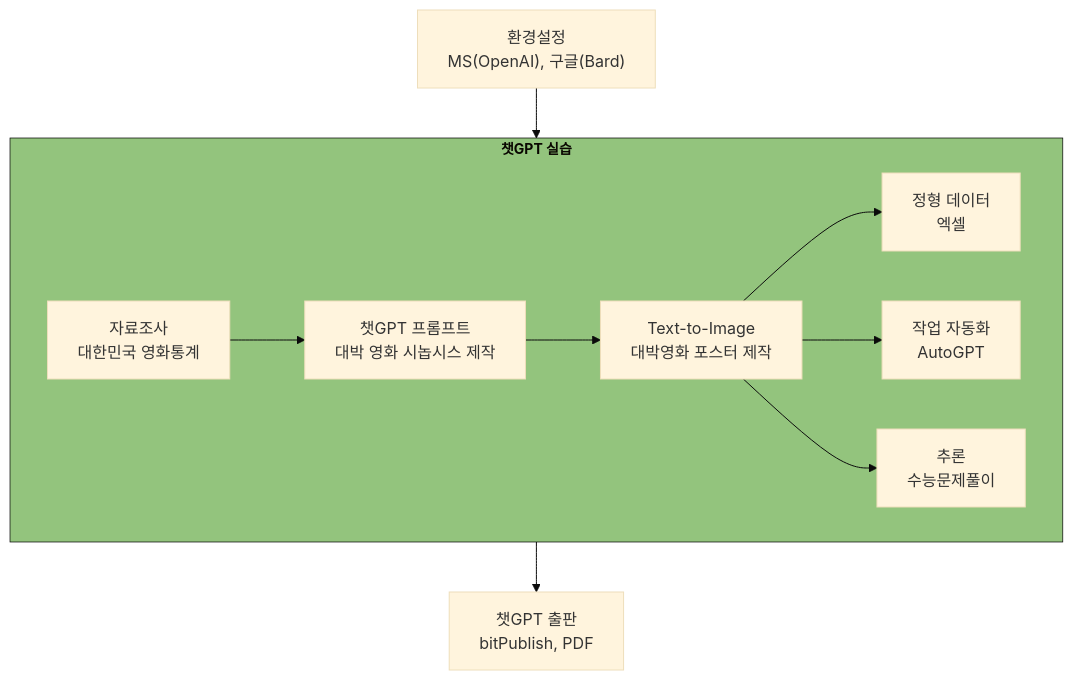
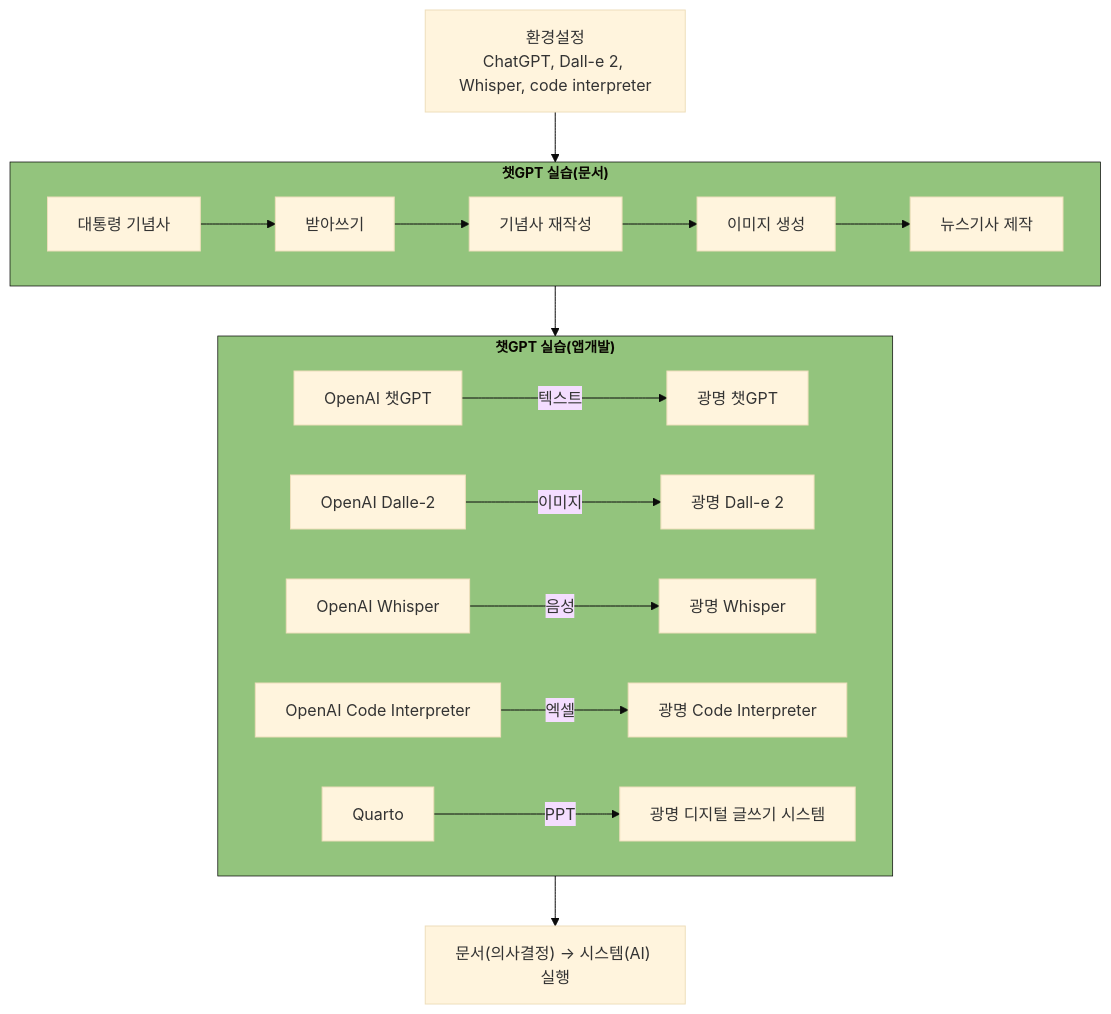
One commit to bit2r/gpt-edu changed the diagram in mayor_20230811.qmd. Above: the diagram before and after it, drawn with Mermaid (base theme). The commit also changed other lines of this file and 28 other files, not shown here.

````diff
--- a/mayor_20230811.qmd
+++ b/mayor_20230811.qmd
@@ -102,23 +101,32 @@
 ```{mermaid}
 flowchart TB
     
-    setup["환경설정<br>MS(OpenAI), 구글(Bard)"]     --> practice
+    setup["환경설정<br>ChatGPT, Dall-e 2, Whisper, code interpreter"]     --> practice
 
-    subgraph practice["챗GPT 실습"]
+    practice --> development
+
+    subgraph practice["챗GPT 실습(문서)"]
     direction LR
-        survey["자료조사<br>대한민국 영화통계"]     --> writing["챗GPT 프롬프트 <br> 대박 영화 시놉시스 제작"]
-        writing               --> image["Text-to-Image<br> 대박영화 포스터 제작"]
-        image --> excle["정형 데이터 <br> 엑셀"]
-        image --> autoGPT["작업 자동화 <br> AutoGPT"]
-        image --> reasoning["추론 <br> 수능문제풀이"]
-        
+        speech["대통령 기념사"]     --> stt["받아쓰기"]
+        stt               --> text2text["기념사 재작성"]
+        text2text --> image["이미지 생성"]
+        image --> news_article["뉴스기사 제작"]
+    end
+
+    subgraph development["챗GPT 실습(앱개발)"]
+    direction LR
+        chatGPT["OpenAI 챗GPT"]     -->|텍스트| km_chatGPT["광명 챗GPT"]
+        Dalle["OpenAI Dalle-2"]     -->|이미지| km_Dalle["광명 Dall-e 2"]
+        whisper["OpenAI Whisper"]     -->|음성| km_whisper["광명 Whisper"]
+        code_interpreter["OpenAI Code Interpreter"]     -->|엑셀| km_code["광명 Code Interpreter"]
+        Quarto["Quarto"]     -->|PPT| km_quarto["광명 디지털 글쓰기 시스템"]
 
     end
 
-    practice     --> workshop["챗GPT 출판<br>bitPublish, PDF"]
-
+    development     --> workshop["문서(의사결정) &rarr; 시스템(AI) 실행"]
 
 class practice nodeStyle
+class development nodeStyle
 
 classDef nodeStyle fill:#93c47d,stroke:#000000,stroke-width:0.7px,font-weight:bold,font-size:14px;
 ```
````
